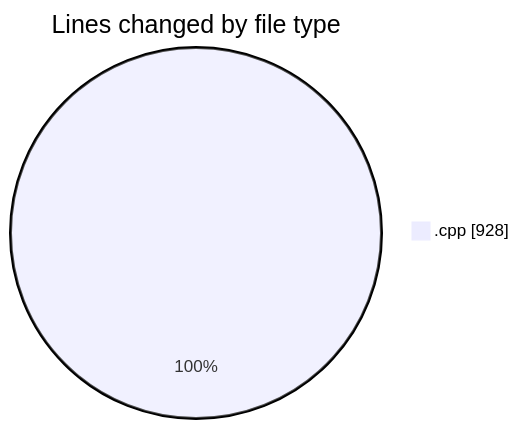
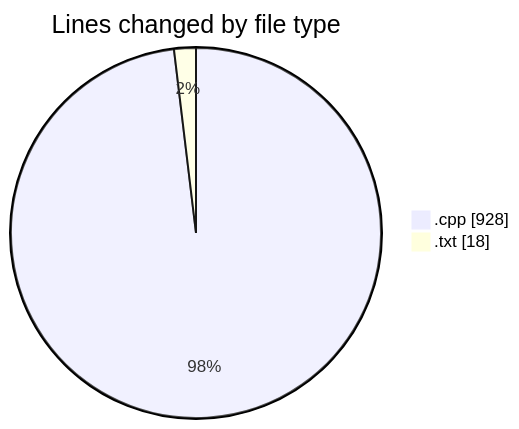
The first of 2 diagrams in 2025-06-21/refinedproject/README.md (Ritupan-Deka/code-tracking), drawn with Mermaid before and after one commit. The commit also changed other lines of this file and 1 other file, not shown here.

````diff
--- a/2025-06-21/refinedproject/README.md
+++ b/2025-06-21/refinedproject/README.md
@@ -22,5 +25,6 @@
 ```mermaid
 pie showData
 title Lines changed by file type
 ".cpp" : 928
+".txt" : 18
 ```
````
